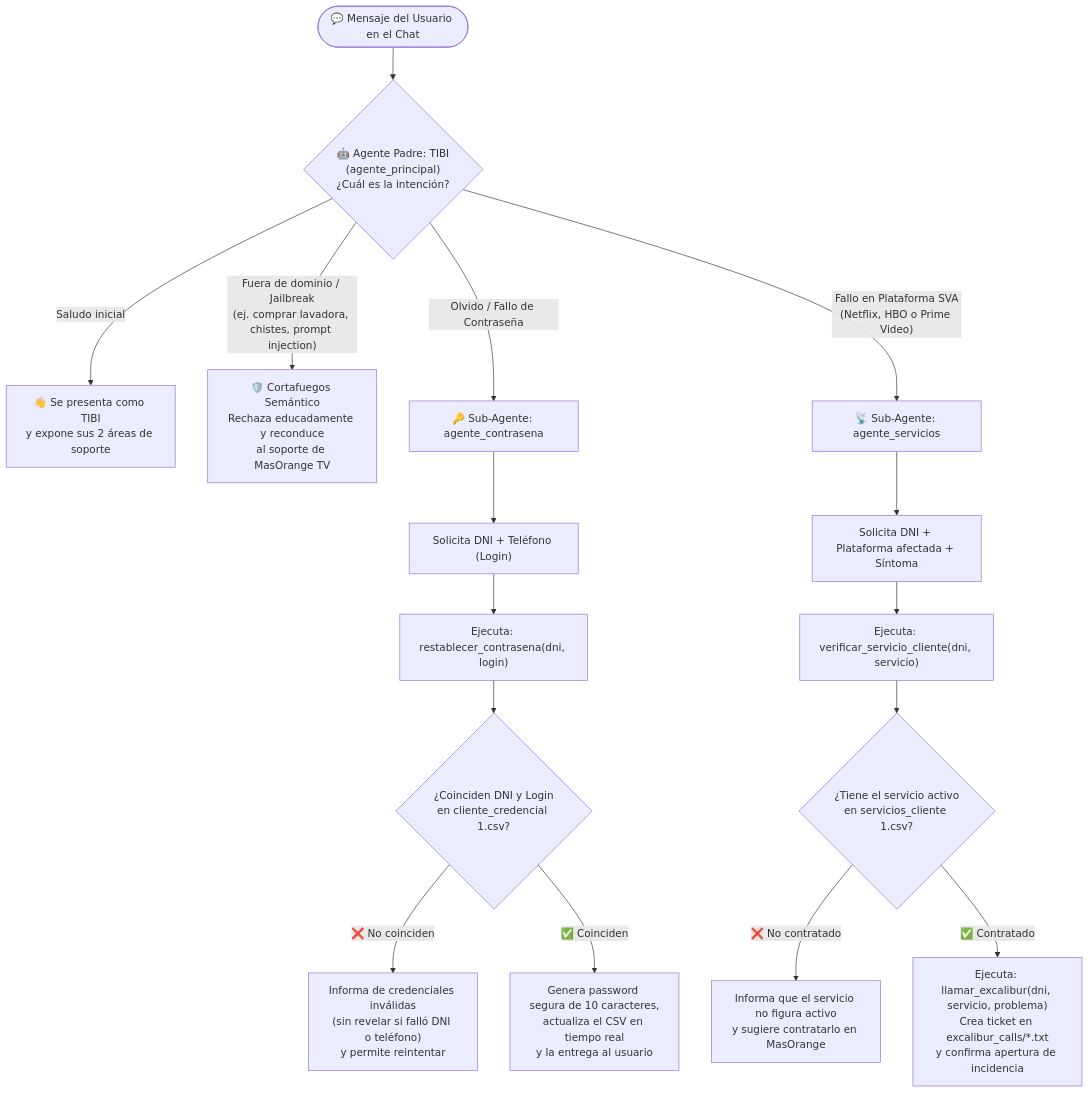
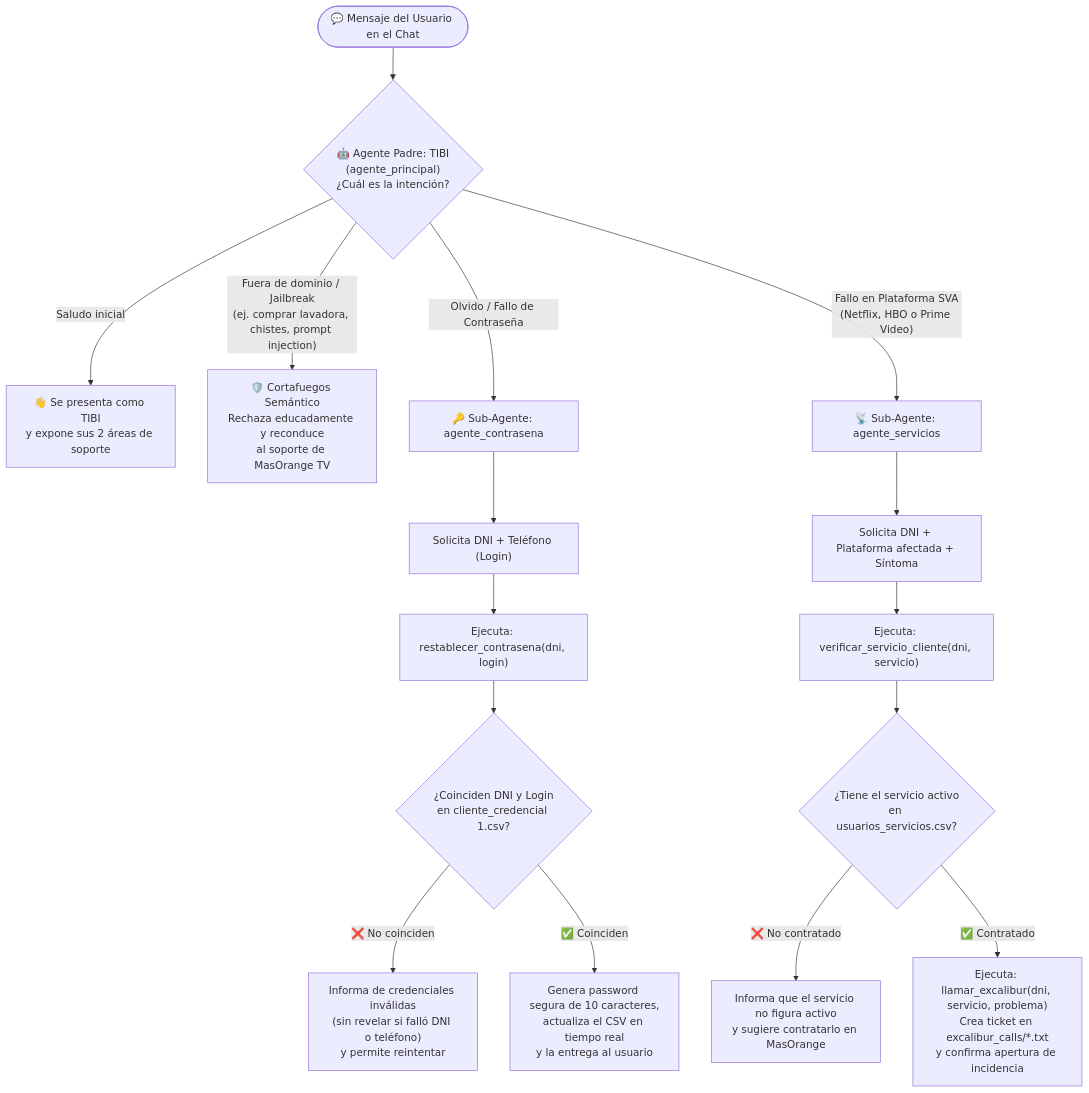
Before and after one commit to DanielBraun11/TIBI_AgenteIA: the second of 2 diagrams in README.md, drawn with Mermaid. The commit also changed other lines of this file and 2 other files, not shown here.

Commit message:
docs(tibi): align exact CSV and tool module names across README, test matrix and presentation

````diff
--- a/README.md
+++ b/README.md
@@ -78,21 +78,21 @@
 ```mermaid
 flowchart TD
     START(["💬 Mensaje del Usuario en el Chat"]) --> ROOT{"🤖 Agente Padre: TIBI<br/>(agente_principal)<br/>¿Cuál es la intención?"}
 
     ROOT -->|"Saludo inicial"| SALUDO["👋 Se presenta como TIBI<br/>y expone sus 2 áreas de soporte"]
     ROOT -->|"Fuera de dominio / Jailbreak<br/>(ej. comprar lavadora, chistes, prompt injection)"| GUARDRAIL["🛡️ Cortafuegos Semántico<br/>Rechaza educadamente y reconduce<br/>al soporte de MasOrange TV"]
 
     ROOT -->|"Olvido / Fallo de Contraseña"| PASS_AGENT["🔑 Sub-Agente: agente_contrasena"]
     PASS_AGENT --> ASK_CRED["Solicita DNI + Teléfono (Login)"]
     ASK_CRED --> CALL_T1["Ejecuta: restablecer_contrasena(dni, login)"]
     CALL_T1 --> CHECK_CRED{"¿Coinciden DNI y Login<br/>en cliente_credencial 1.csv?"}
     CHECK_CRED -->|"❌ No coinciden"| ERR_CRED["Informa de credenciales inválidas<br/>(sin revelar si falló DNI o teléfono)<br/>y permite reintentar"]
     CHECK_CRED -->|"✅ Coinciden"| OK_CRED["Genera password segura de 10 caracteres,<br/>actualiza el CSV en tiempo real<br/>y la entrega al usuario"]
 
     ROOT -->|"Fallo en Plataforma SVA<br/>(Netflix, HBO o Prime Video)"| SVA_AGENT["📡 Sub-Agente: agente_servicios"]
     SVA_AGENT --> ASK_SVA["Solicita DNI + Plataforma afectada + Síntoma"]
     ASK_SVA --> CALL_T2["Ejecuta: verificar_servicio_cliente(dni, servicio)"]
-    CALL_T2 --> CHECK_SVA{"¿Tiene el servicio activo<br/>en servicios_cliente 1.csv?"}
+    CALL_T2 --> CHECK_SVA{"¿Tiene el servicio activo<br/>en usuarios_servicios.csv?"}
     CHECK_SVA -->|"❌ No contratado"| ERR_SVA["Informa que el servicio no figura activo<br/>y sugiere contratarlo en MasOrange"]
     CHECK_SVA -->|"✅ Contratado"| CALL_T3["Ejecuta: llamar_excalibur(dni, servicio, problema)<br/>Crea ticket en excalibur_calls/*.txt<br/>y confirma apertura de incidencia"]
 ```
````
